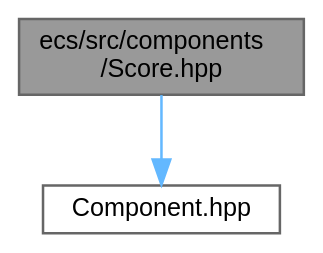
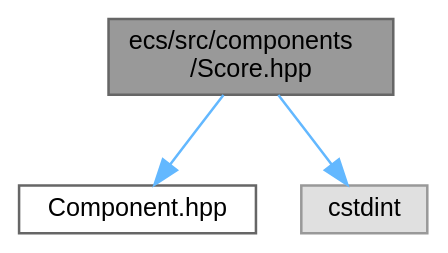
Before and after one commit to Houpsi/R-Type: the diagram in Score_8hpp__incl.dot, drawn with Graphviz. The commit also changed 193 other files, not shown here.

```diff
--- a/Score_8hpp__incl.dot
+++ b/Score_8hpp__incl.dot
@@ -1,10 +1,12 @@
 digraph "ecs/src/components/Score.hpp"
 {
  // LATEX_PDF_SIZE
   bgcolor="transparent";
   edge [fontname=Helvetica,fontsize=10,labelfontname=Helvetica,labelfontsize=10];
   node [fontname=Helvetica,fontsize=10,shape=box,height=0.2,width=0.4];
   Node1 [id="Node000001",label="ecs/src/components\l/Score.hpp",height=0.2,width=0.4,color="gray40", fillcolor="grey60", style="filled", fontcolor="black",tooltip=" "];
   Node1 -> Node2 [id="edge1_Node000001_Node000002",color="steelblue1",style="solid",tooltip=" "];
   Node2 [id="Node000002",label="Component.hpp",height=0.2,width=0.4,color="grey40", fillcolor="white", style="filled",URL="$Component_8hpp.html",tooltip=" "];
+  Node1 -> Node3 [id="edge2_Node000001_Node000003",color="steelblue1",style="solid",tooltip=" "];
+  Node3 [id="Node000003",label="cstdint",height=0.2,width=0.4,color="grey60", fillcolor="#E0E0E0", style="filled",tooltip=" "];
 }
```
